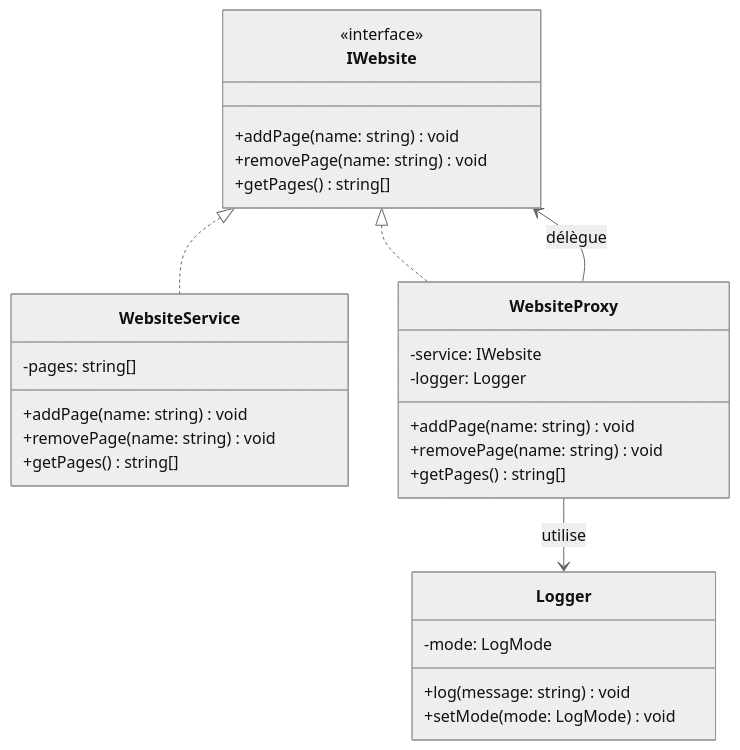
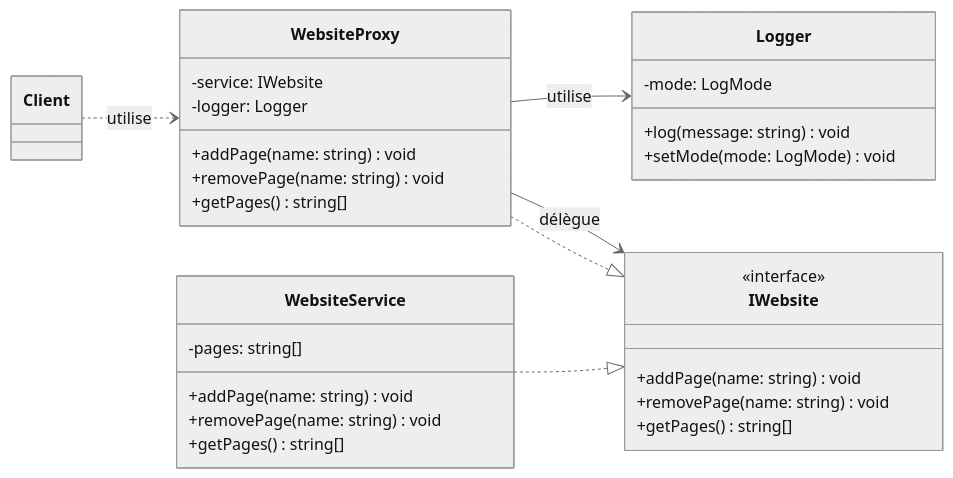
Before and after one commit to anastasiia19c/proxy-logger: the diagram in diagramme.md, drawn with Mermaid (neutral theme). The commit also changed 1 other file, not shown here.

Commit message:
ajouterr client diagramme de classes

````diff
--- a/diagramme.md
+++ b/diagramme.md
@@ -4,35 +4,45 @@
 ```mermaid
 classDiagram
+    direction LR
+
+    class Client
+
     class IWebsite {
         <<interface>>
         +addPage(name: string) void
         +removePage(name: string) void
         +getPages() string[]
     }
 
     class WebsiteService {
         -pages: string[]
         +addPage(name: string) void
         +removePage(name: string) void
         +getPages() string[]
     }
 
     class WebsiteProxy {
         -service: IWebsite
         -logger: Logger
         +addPage(name: string) void
         +removePage(name: string) void
         +getPages() string[]
     }
 
     class Logger {
         -mode: LogMode
         +log(message: string) void
         +setMode(mode: LogMode) void
     }
 
-    IWebsite <|.. WebsiteService
-    IWebsite <|.. WebsiteProxy
+    %% Le client ne connaît que le proxy, jamais le service réel
+    Client ..> WebsiteProxy : utilise
+
+    %% Le proxy intercepte, journalise puis délègue au service
+    WebsiteProxy --> Logger : utilise
     WebsiteProxy --> IWebsite : délègue
-    WebsiteProxy --> Logger : utilise
+
+    %% Le proxy et le service réel partagent la même interface
+    WebsiteProxy ..|> IWebsite
+    WebsiteService ..|> IWebsite
 ```
````
